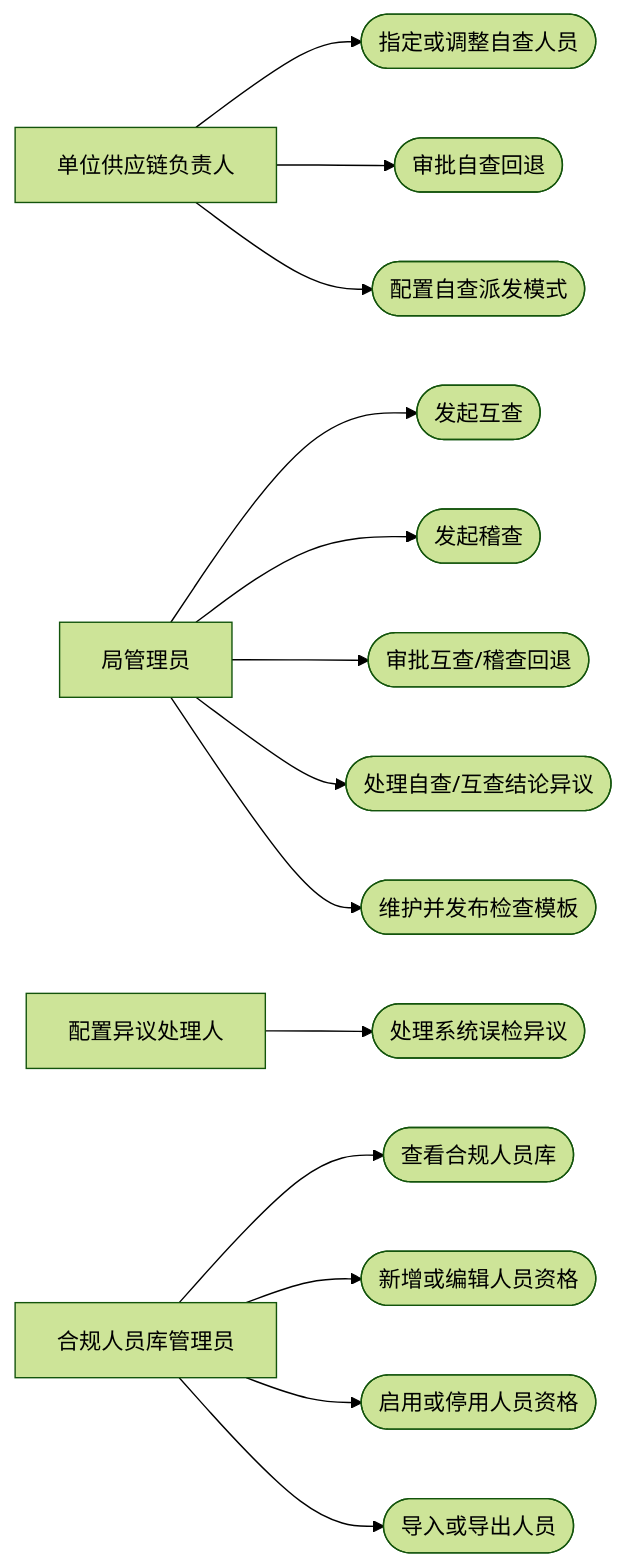
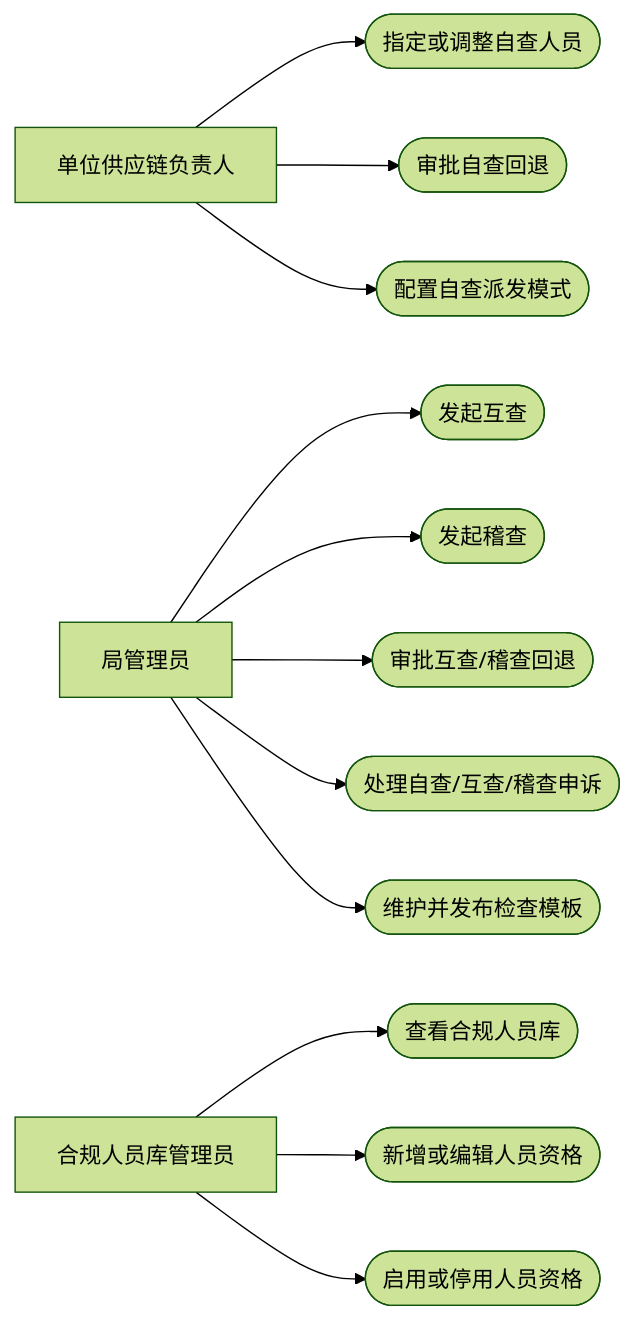
Before and after one commit to LRainD/LRainD.github.io: the second of 16 diagrams in axureMake/docs/四局一单一检/prd.md, drawn with Mermaid (forest theme). The commit also changed other lines of this file and 25 other files, not shown here.

````diff
--- a/axureMake/docs/四局一单一检/prd.md
+++ b/axureMake/docs/四局一单一检/prd.md
@@ -164,24 +166,20 @@
 ```mermaid
 flowchart LR
     L[单位供应链负责人]
     A[局管理员]
-    P[配置异议处理人]
     PL[合规人员库管理员]
 
     L --> L1([指定或调整自查人员])
     L --> L2([审批自查回退])
     L --> L3([配置自查派发模式])
 
     A --> A1([发起互查])
     A --> A2([发起稽查])
     A --> A3([审批互查/稽查回退])
-    A --> A4([处理自查/互查结论异议])
+    A --> A4([处理自查/互查/稽查申诉])
     A --> A5([维护并发布检查模板])
-
-    P --> P1([处理系统误检异议])
 
     PL --> PL1([查看合规人员库])
     PL --> PL2([新增或编辑人员资格])
     PL --> PL3([启用或停用人员资格])
-    PL --> PL4([导入或导出人员])
 ```
````
